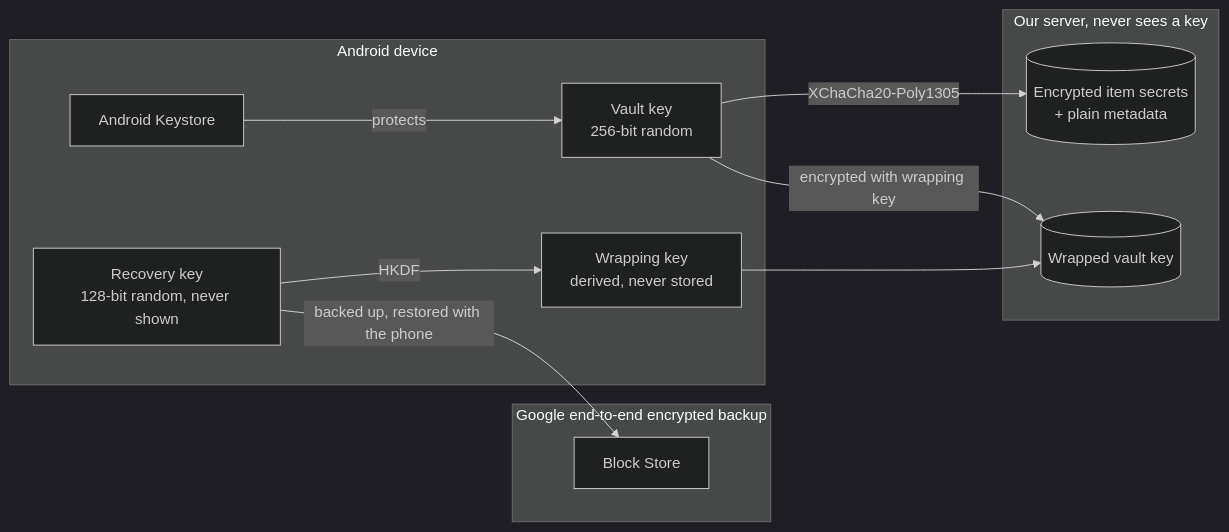
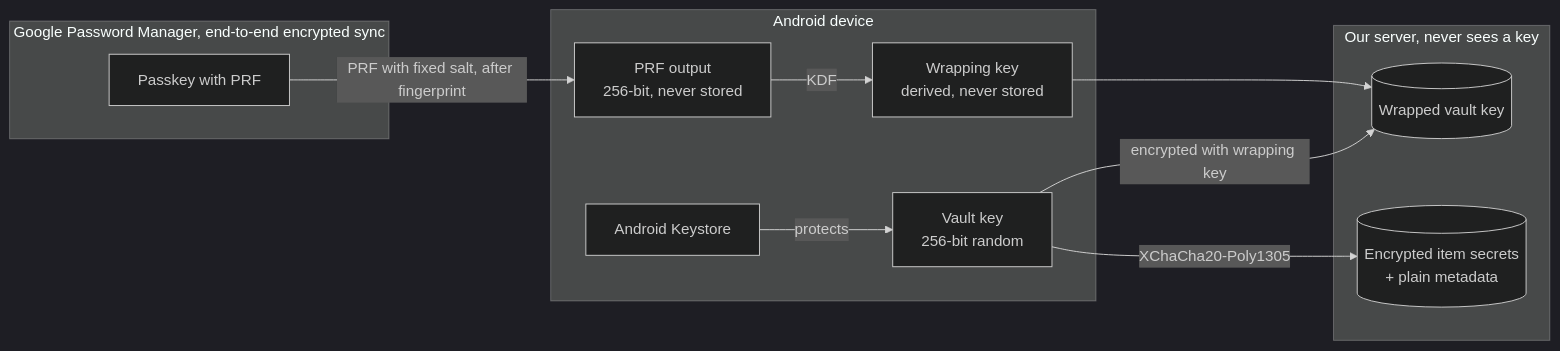
Before and after one commit to DanielShapi4a/coupon-wallet: the first of 2 diagrams in docs/adr/ADR-001-key-management.md, drawn with Mermaid (dark theme). The commit also changed other lines of this file and 6 other files, not shown here.

First line of the commit message:
Close spike 01: passkey with PRF for key recovery (decision 034)

````diff
--- a/docs/adr/ADR-001-key-management.md
+++ b/docs/adr/ADR-001-key-management.md
@@ -69,22 +79,22 @@
 ```mermaid
 flowchart LR
-    subgraph google["Google end-to-end encrypted backup"]
-        bs["Block Store"]
+    subgraph google["Google Password Manager, end-to-end encrypted sync"]
+        pk["Passkey with PRF"]
     end
     subgraph device["Android device"]
         ks["Android Keystore"]
         vk["Vault key<br/>256-bit random"]
-        rk["Recovery key<br/>128-bit random, never shown"]
+        prf["PRF output<br/>256-bit, never stored"]
         wk["Wrapping key<br/>derived, never stored"]
     end
     subgraph server["Our server, never sees a key"]
         wvk[("Wrapped vault key")]
         enc[("Encrypted item secrets<br/>+ plain metadata")]
     end
-    rk -- "backed up, restored with the phone" --> bs
-    rk -- "HKDF" --> wk
+    pk -- "PRF with fixed salt, after fingerprint" --> prf
+    prf -- "KDF" --> wk
     ks -- "protects" --> vk
     vk -- "encrypted with wrapping key" --> wvk
     wk --> wvk
     vk -- "XChaCha20-Poly1305" --> enc
 ```
````
